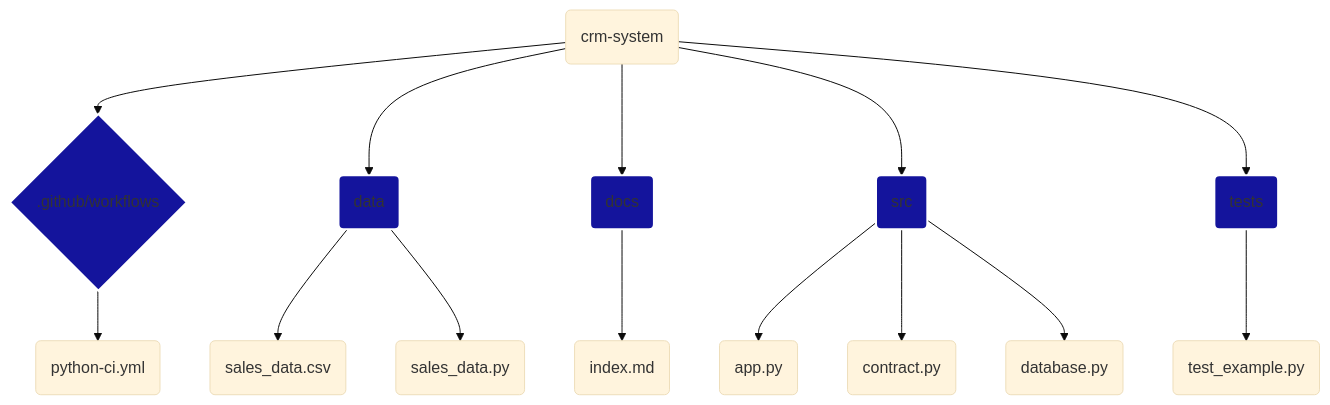
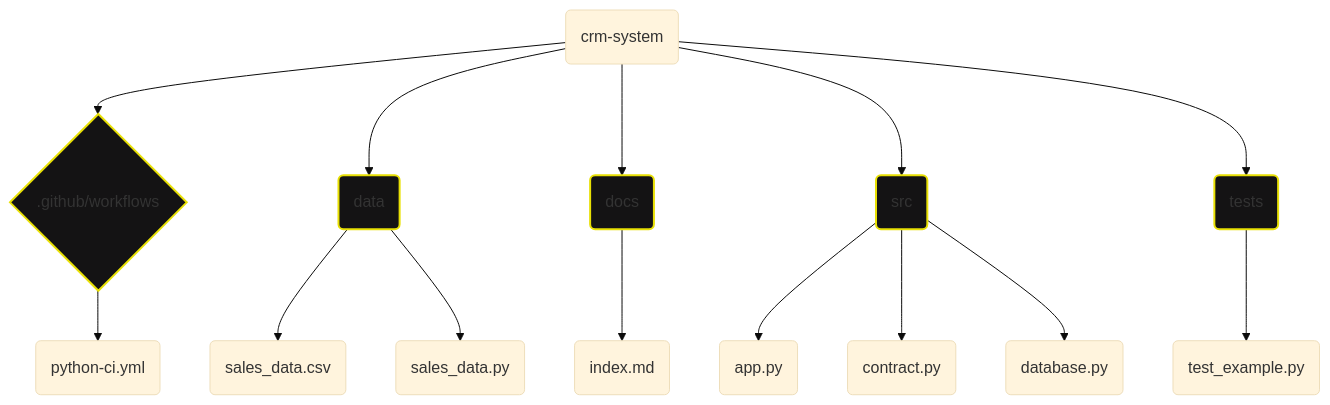
Before and after one commit to Jcnok/crm-system: the diagram in README.md, drawn with Mermaid (base theme).

````diff
--- a/README.md
+++ b/README.md
@@ -10,23 +10,23 @@
 ```mermaid
 graph TD
     B(crm-system);
     B --> C{.github/workflows};
     B --> D(data);
     B --> E(docs);
     B --> F(src);
     B --> G(tests);
     C --> H(python-ci.yml);
     D --> I(sales_data.csv);
     D --> J(sales_data.py);
     E --> K(index.md);
     F --> M(app.py);
     F --> N(contract.py);
     F --> O(database.py);
     G --> P(test_example.py);
     
-    style C fill:#14149c,stroke:#ffffff,stroke-width:2px
-    style D fill:#14149c,stroke:#ffffff,stroke-width:2px
-    style E fill:#14149c,stroke:#ffffff,stroke-width:2px
-    style F fill:#14149c,stroke:#ffffff,stroke-width:2px
-    style G fill:#14149c,stroke:#ffffff,stroke-width:2px
+    style C fill:#141314,stroke:#e8e005,stroke-width:2px
+    style D fill:#141314,stroke:#e8e005,stroke-width:2px
+    style E fill:#141314,stroke:#e8e005,stroke-width:2px
+    style F fill:#141314,stroke:#e8e005,stroke-width:2px
+    style G fill:#141314,stroke:#e8e005,stroke-width:2px
 ```
````
